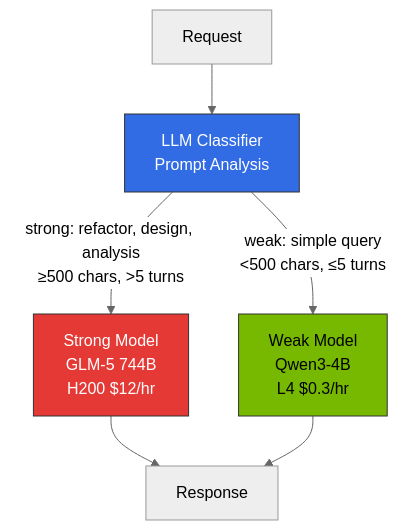
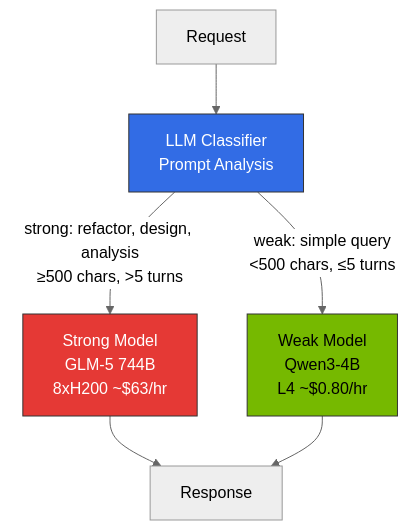
One commit to devfloor9/engineering-playbook changed the third of 3 diagrams in i18n/en/docusaurus-plugin-content-docs/current/agentic-ai-platform/model-serving/inference-routing/request-cascading.md. Above: the diagram before and after it, drawn with Mermaid (neutral theme). The commit also changed other lines of this file and 6 other files, not shown here.

````diff
--- a/i18n/en/docusaurus-plugin-content-docs/current/agentic-ai-platform/model-serving/inference-routing/request-cascading.md
+++ b/i18n/en/docusaurus-plugin-content-docs/current/agentic-ai-platform/model-serving/inference-routing/request-cascading.md
@@ -271,12 +271,12 @@
 ```mermaid
 graph TD
     Req[Request] --> Router[LLM Classifier<br/>Prompt Analysis]
-    Router -->|strong: refactor, design, analysis<br/>≥500 chars, >5 turns| LLM[Strong Model<br/>GLM-5 744B<br/>H200 $12/hr]
-    Router -->|weak: simple query<br/><500 chars, ≤5 turns| SLM[Weak Model<br/>Qwen3-4B<br/>L4 $0.3/hr]
+    Router -->|strong: refactor, design, analysis<br/>≥500 chars, >5 turns| LLM[Strong Model<br/>GLM-5 744B<br/>8xH200 ~$63/hr]
+    Router -->|weak: simple query<br/><500 chars, ≤5 turns| SLM[Weak Model<br/>Qwen3-4B<br/>L4 ~$0.80/hr]
     LLM --> Resp[Response]
     SLM --> Resp
 
     style Router fill:#326ce5,stroke:#333,color:#fff
     style LLM fill:#e53935,stroke:#333,color:#fff
     style SLM fill:#76b900,stroke:#333,color:#000
 ```
````
